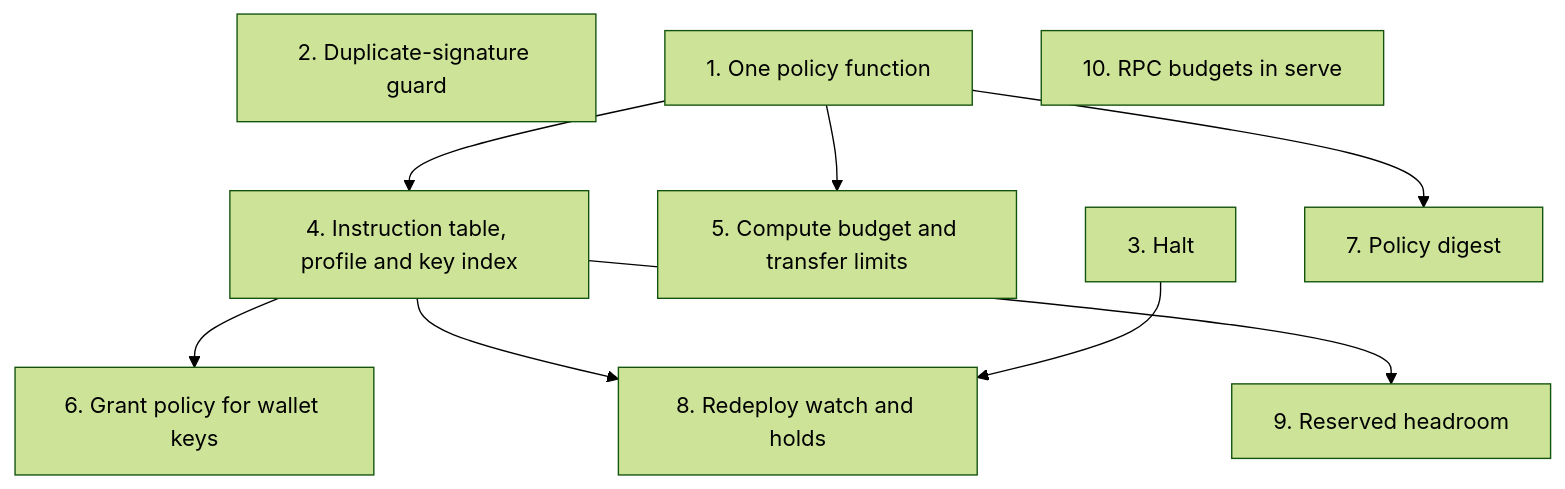
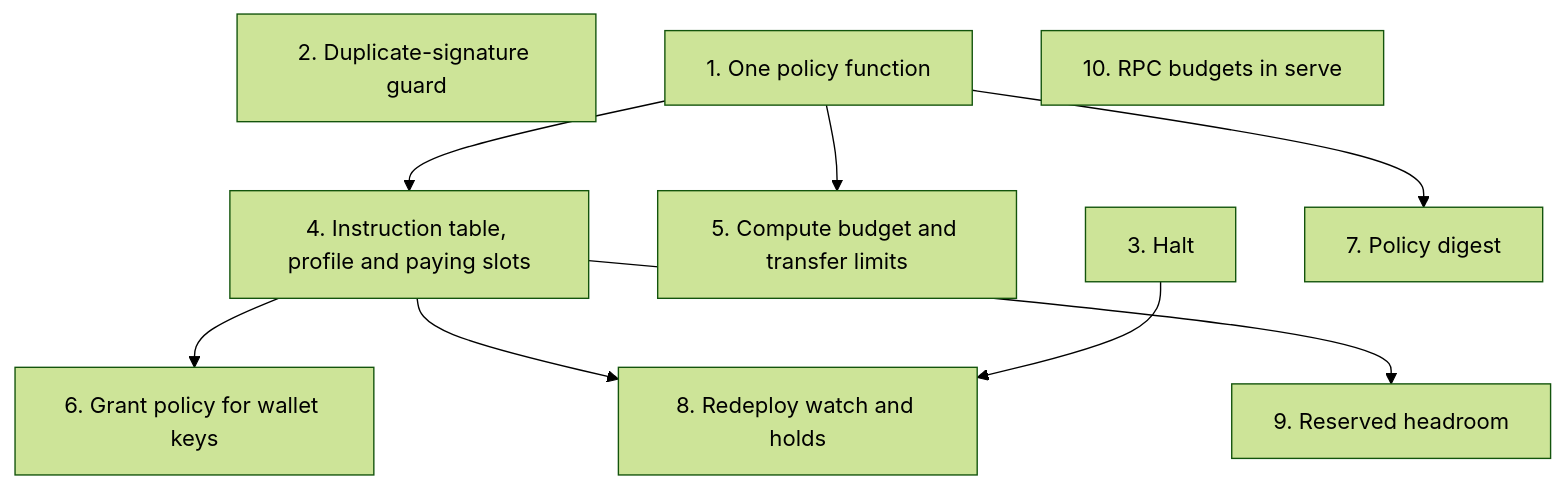
One commit to ttdonovan/sa-forge-signer changed the diagram in docs/src/dev/hardening.md. Above: the diagram before and after it, drawn with Mermaid (forest theme). The commit also changed other lines of this file and 2 other files, not shown here.

Commit message:
docs: keep the instruction table decoder-free, with no profile read, key_index check or max_permissions.

````diff
--- a/docs/src/dev/hardening.md
+++ b/docs/src/dev/hardening.md
@@ -19,20 +19,20 @@
 ```mermaid
 flowchart TD
     D["2. Duplicate-signature guard"]
     H["3. Halt"]
     P["1. One policy function"]
     C["5. Compute budget and transfer limits"]
-    T["4. Instruction table, profile and key index"]
+    T["4. Instruction table, profile and paying slots"]
     G["6. Grant policy for wallet keys"]
     DG["7. Policy digest"]
     U["8. Redeploy watch and holds"]
     R["9. Reserved headroom"]
     B["10. RPC budgets in serve"]
     P --> C
     P --> T
     T --> G
     T --> U
     T --> R
     P --> DG
     H --> U
 ```
````
